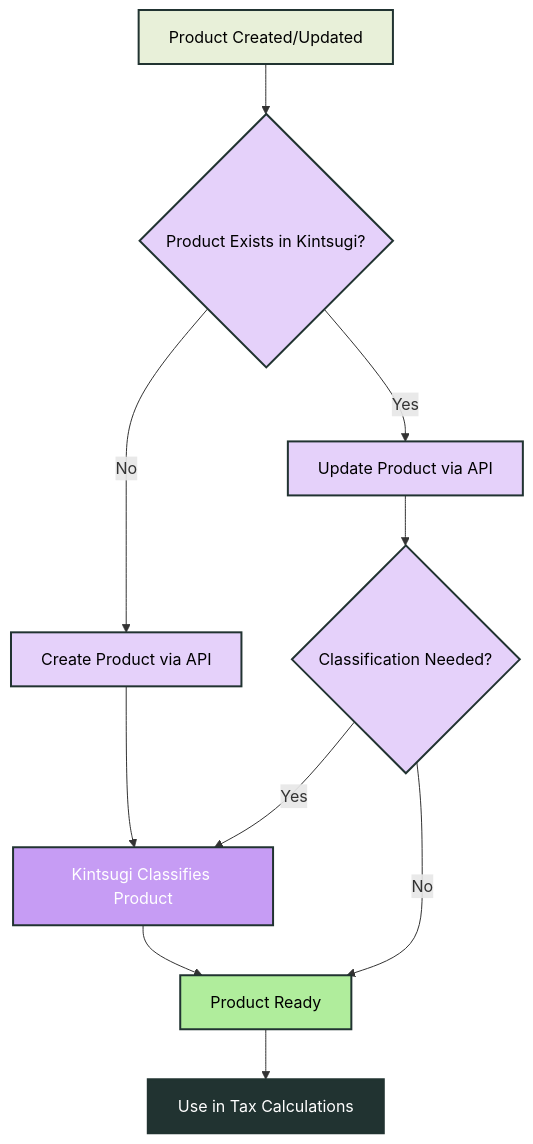
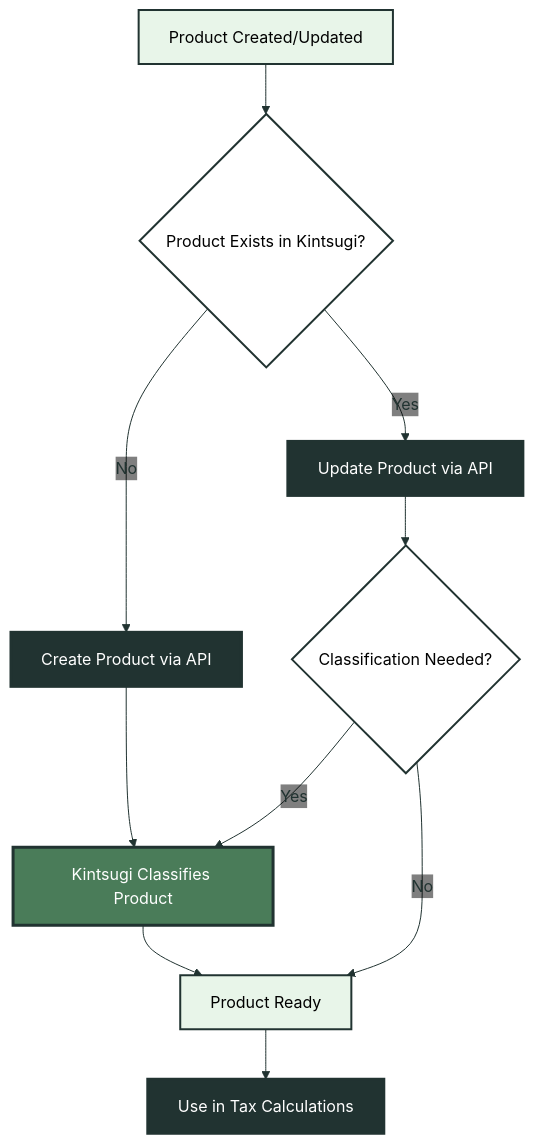
One commit to kintsugi-tax/docs-v2 changed the third of 5 diagrams in docs/guides/integrating-kintsugis-api.mdx. Above: the diagram before and after it, drawn with Mermaid. The commit also changed other lines of this file and 6 other files, not shown here.

Commit message:
fix mermaid diagram appearance in dark mode

````diff
--- a/docs/guides/integrating-kintsugis-api.mdx
+++ b/docs/guides/integrating-kintsugis-api.mdx
@@ -124,21 +132,22 @@
 ```mermaid
+%%{init: {'theme':'base', 'themeVariables': {'primaryColor':'#FFFFFF','primaryTextColor':'#213331','primaryBorderColor':'#213331','lineColor':'#213331','secondaryColor':'#FFFFFF','tertiaryColor':'#213331','edgeLabelBackground':'transparent','edgeStrokeWidth':'2px','edgeStroke':'#213331','arrowheadColor':'#213331','clusterBkg':'transparent','clusterBorder':'#213331','defaultLinkColor':'#213331'}}}%%
 flowchart TD
     A[Product Created/Updated] --> B{Product Exists in Kintsugi?}
     B -->|No| C[Create Product via API]
     B -->|Yes| D[Update Product via API]
     C --> E[Kintsugi Classifies Product]
     D --> F{Classification Needed?}
     F -->|Yes| E
     F -->|No| G[Product Ready]
     E --> G
     G --> H[Use in Tax Calculations]
     
-    style A fill:#E8F0D9,stroke:#213331,stroke-width:2px,color:#000000
-    style B fill:#E5D1FA,stroke:#213331,stroke-width:2px,color:#000000
-    style C fill:#E5D1FA,stroke:#213331,stroke-width:2px,color:#000000
-    style D fill:#E5D1FA,stroke:#213331,stroke-width:2px,color:#000000
-    style E fill:#C69CF4,stroke:#213331,stroke-width:2px,color:#FFFFFF
-    style F fill:#E5D1FA,stroke:#213331,stroke-width:2px,color:#000000
-    style G fill:#B0ED9C,stroke:#213331,stroke-width:2px,color:#000000
-    style H fill:#213331,stroke:#213331,stroke-width:2px,color:#FFFFFF
+    style A fill:#e8f5e9,stroke:#213331,stroke-width:2px,color:#000000
+    style B fill:#FFFFFF,stroke:#213331,stroke-width:2px,color:#000000
+    style C fill:#213331,stroke:#213331,stroke-width:3px,color:#FFFFFF
+    style D fill:#213331,stroke:#213331,stroke-width:3px,color:#FFFFFF
+    style E fill:#4a7c59,stroke:#213331,stroke-width:3px,color:#FFFFFF
+    style F fill:#FFFFFF,stroke:#213331,stroke-width:2px,color:#000000
+    style G fill:#e8f5e9,stroke:#213331,stroke-width:2px,color:#000000
+    style H fill:#213331,stroke:#213331,stroke-width:3px,color:#FFFFFF
 ```
````
